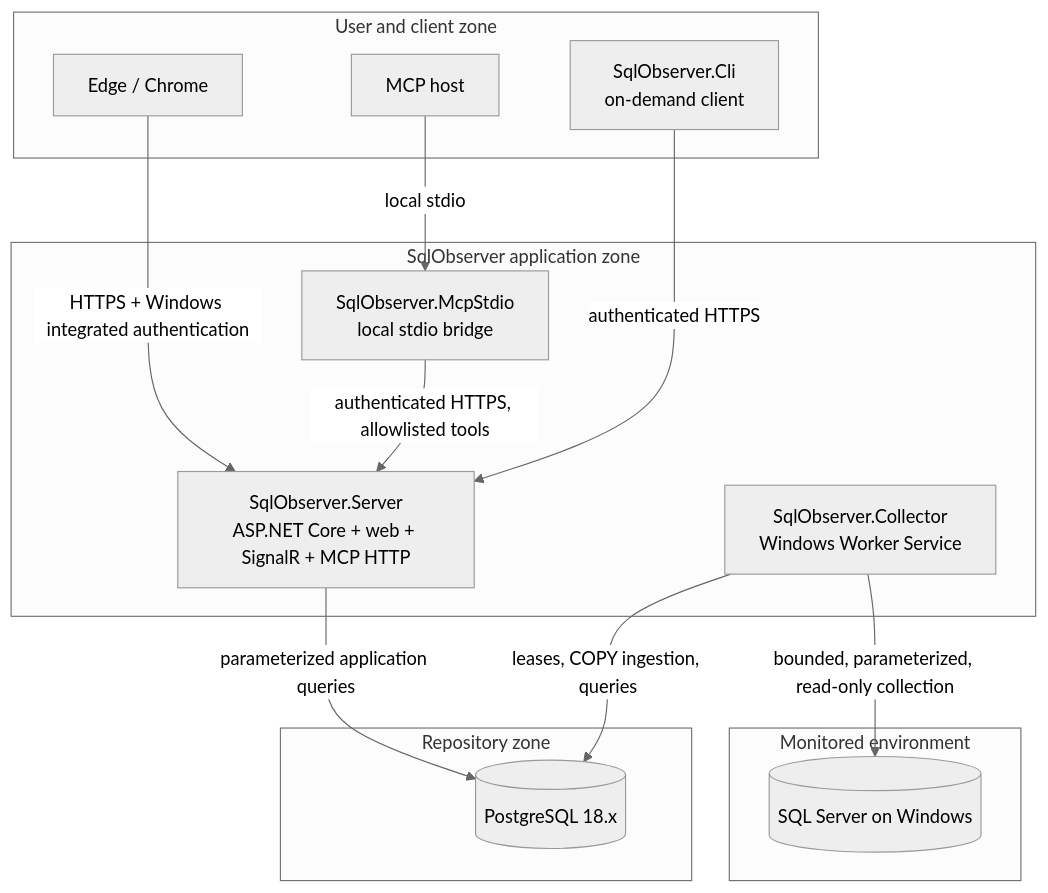
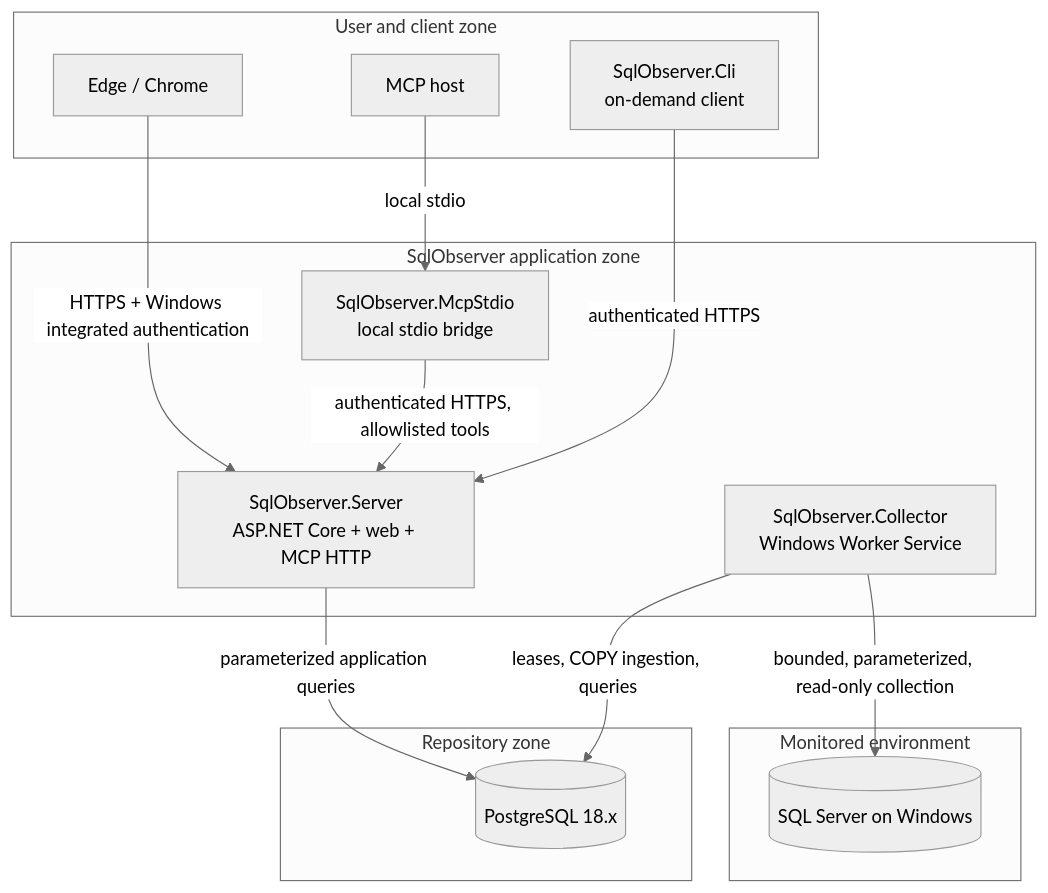
Before and after one commit to laminblake2025/SqlObserver: the diagram in docs/architecture/overview.md, drawn with Mermaid (neutral theme). The commit also changed other lines of this file and 1 other file, not shown here.

Commit message:
Align architecture docs with current runtime

````diff
--- a/docs/architecture/overview.md
+++ b/docs/architecture/overview.md
@@ -11,30 +11,30 @@
 ```mermaid
 flowchart TB
     subgraph UserZone[User and client zone]
         Browser[Edge / Chrome]
         McpHost[MCP host]
         Cli[SqlObserver.Cli\non-demand client]
     end
 
     subgraph AppZone[SqlObserver application zone]
-        Server[SqlObserver.Server\nASP.NET Core + web + SignalR + MCP HTTP]
+        Server[SqlObserver.Server\nASP.NET Core + web + MCP HTTP]
         Bridge[SqlObserver.McpStdio\nlocal stdio bridge]
         Worker[SqlObserver.Collector\nWindows Worker Service]
     end
 
     subgraph DataZone[Repository zone]
         Pg[(PostgreSQL 18.x)]
     end
 
     subgraph TargetZone[Monitored environment]
         Sql[(SQL Server on Windows)]
     end
 
     Browser -->|HTTPS + Windows integrated authentication| Server
     McpHost -->|local stdio| Bridge
     Cli -->|authenticated HTTPS| Server
     Bridge -->|authenticated HTTPS, allowlisted tools| Server
     Server -->|parameterized application queries| Pg
     Worker -->|leases, COPY ingestion, queries| Pg
     Worker -->|bounded, parameterized, read-only collection| Sql
 ```
````
